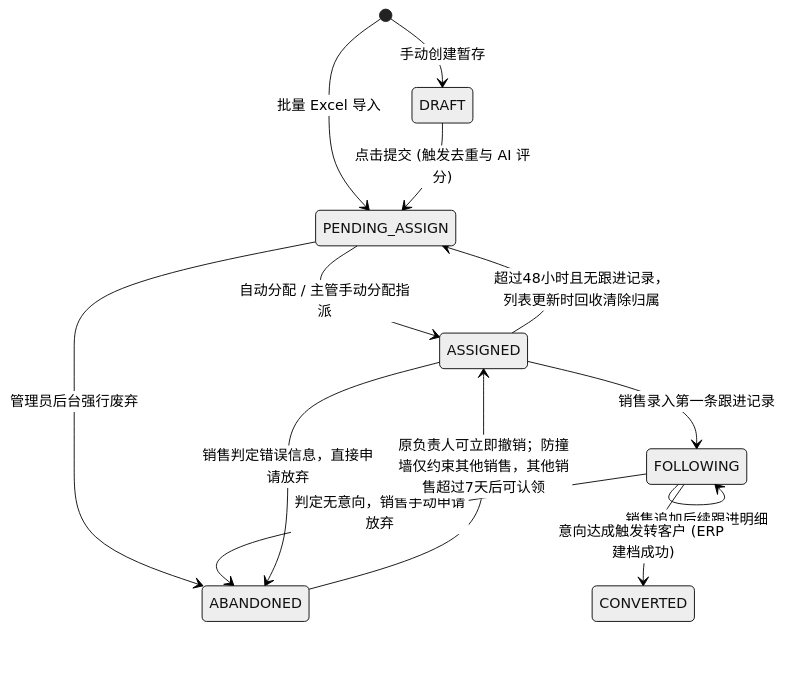
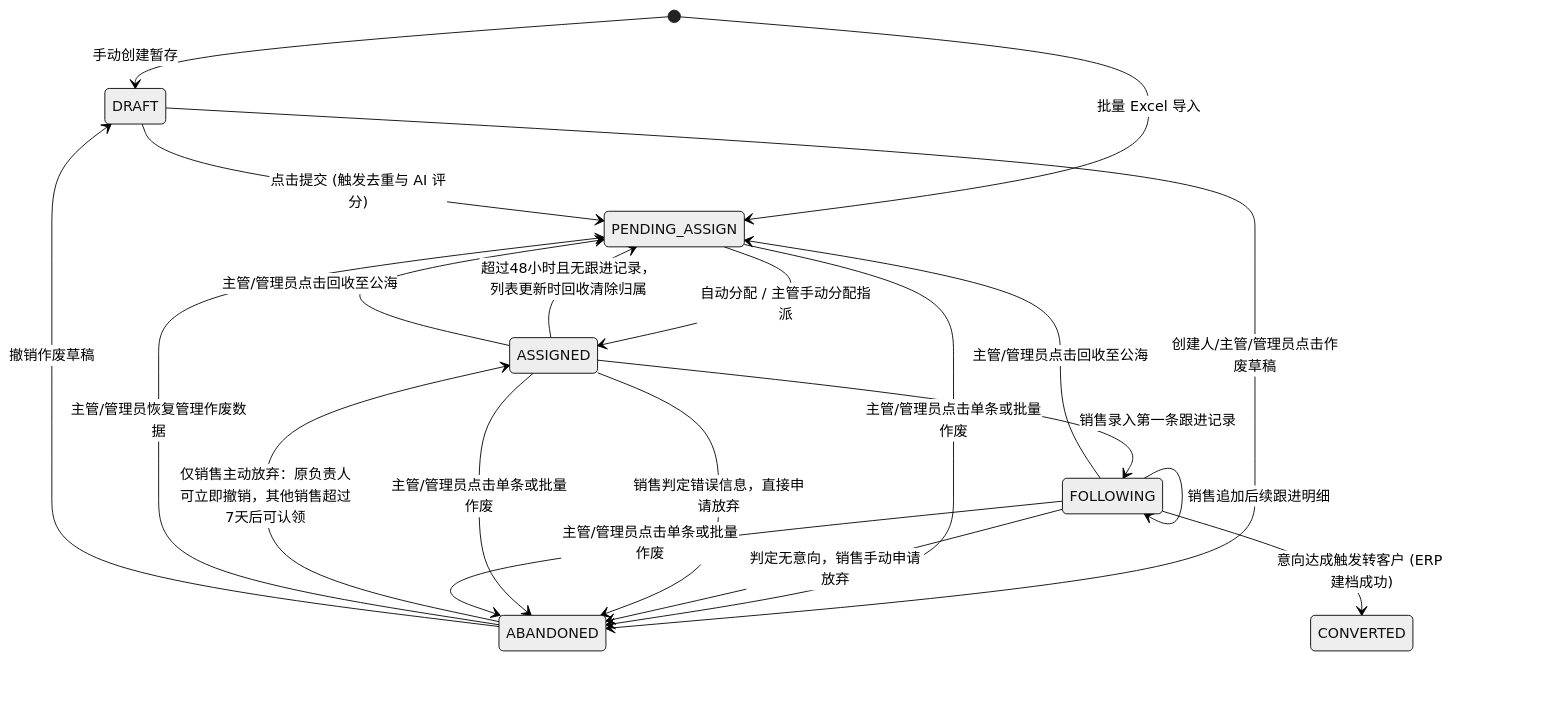
One commit to lophyJessica/forge-crm changed the second of 2 diagrams in prd-docs/线索管理/线索主PRD.md. Above: the diagram before and after it, drawn with Mermaid (neutral theme). The commit also changed other lines of this file and 42 other files, not shown here.

````diff
--- a/prd-docs/线索管理/线索主PRD.md
+++ b/prd-docs/线索管理/线索主PRD.md
@@ -137,15 +146,22 @@
 ```mermaid
 stateDiagram-v2
     [*] --> DRAFT : 手动创建暂存
     [*] --> PENDING_ASSIGN : 批量 Excel 导入
     DRAFT --> PENDING_ASSIGN : 点击提交 (触发去重与 AI 评分)
+    DRAFT --> ABANDONED : 创建人/主管/管理员点击作废草稿
     PENDING_ASSIGN --> ASSIGNED : 自动分配 / 主管手动分配指派
-    PENDING_ASSIGN --> ABANDONED : 管理员后台强行废弃
+    PENDING_ASSIGN --> ABANDONED : 主管/管理员点击单条或批量作废
     ASSIGNED --> FOLLOWING : 销售录入第一条跟进记录
     FOLLOWING --> FOLLOWING : 销售追加后续跟进明细
     FOLLOWING --> CONVERTED : 意向达成触发转客户 (ERP 建档成功)
     FOLLOWING --> ABANDONED : 判定无意向，销售手动申请放弃
     ASSIGNED --> ABANDONED : 销售判定错误信息，直接申请放弃
+    ASSIGNED --> ABANDONED : 主管/管理员点击单条或批量作废
+    FOLLOWING --> ABANDONED : 主管/管理员点击单条或批量作废
     ASSIGNED --> PENDING_ASSIGN : 超过48小时且无跟进记录，列表更新时回收清除归属
-    ABANDONED --> ASSIGNED : 原负责人可立即撤销；防撞墙仅约束其他销售，其他销售超过7天后可认领
+    ASSIGNED --> PENDING_ASSIGN : 主管/管理员点击回收至公海
+    FOLLOWING --> PENDING_ASSIGN : 主管/管理员点击回收至公海
+    ABANDONED --> ASSIGNED : 仅销售主动放弃：原负责人可立即撤销，其他销售超过7天后可认领
+    ABANDONED --> PENDING_ASSIGN : 主管/管理员恢复管理作废数据
+    ABANDONED --> DRAFT : 撤销作废草稿
 ```
````
